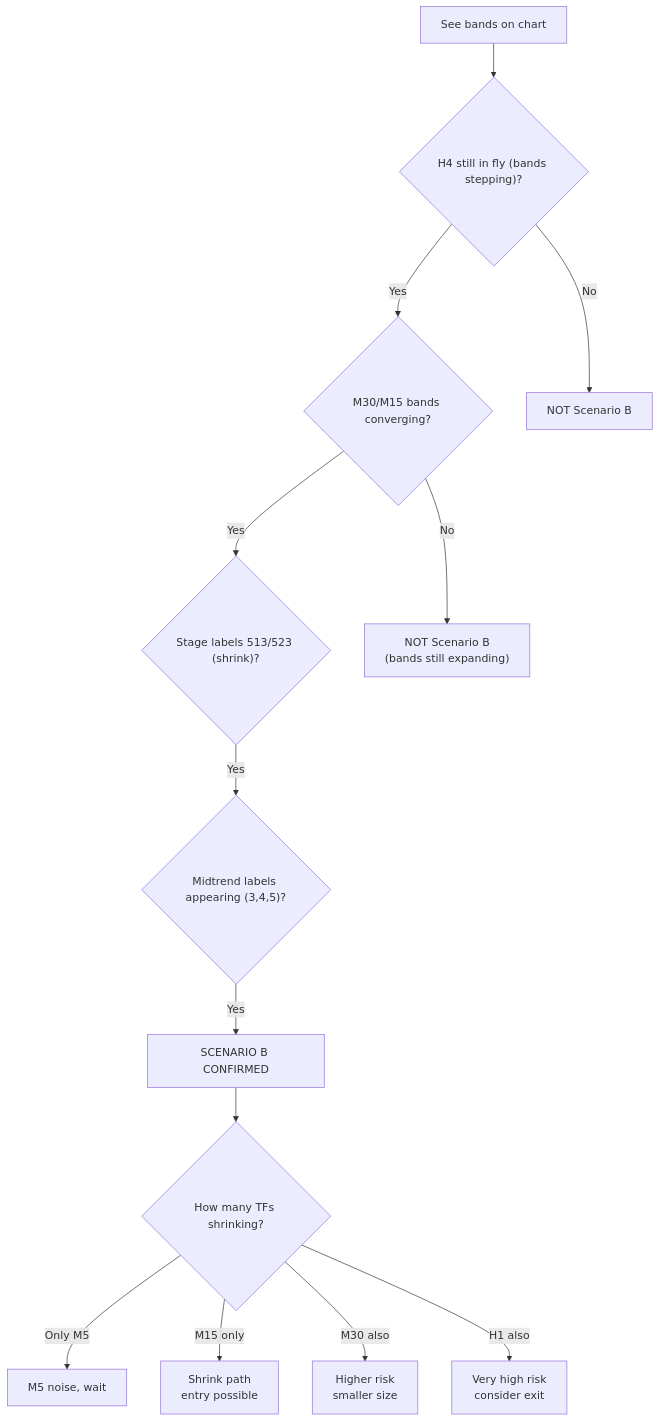
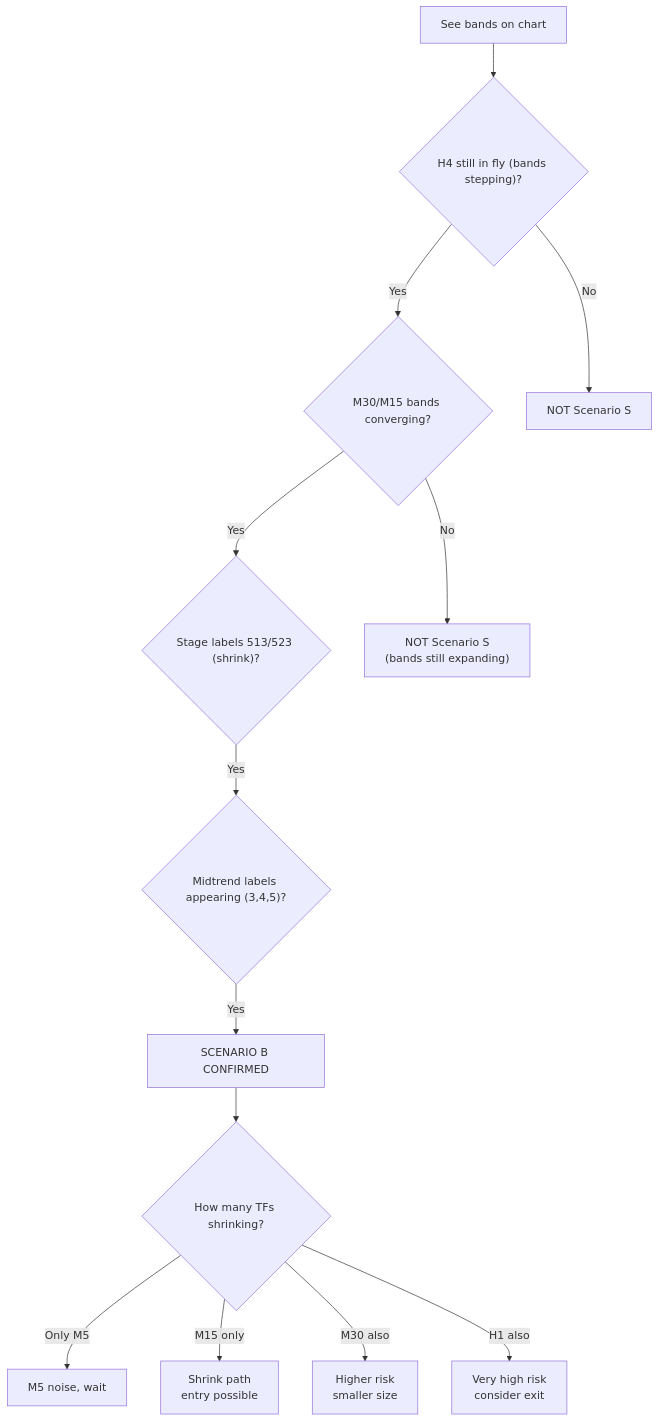
One commit to Terrypang89/BB_MTF_M15_STRATEGY changed the seventh of 17 diagrams in references/backtest_chart_analysis.md. Above: the diagram before and after it, drawn with Mermaid. The commit also changed other lines of this file and 12 other files, not shown here.

````diff
--- a/references/backtest_chart_analysis.md
+++ b/references/backtest_chart_analysis.md
@@ -1767,15 +1767,15 @@
 ```mermaid
 flowchart TD
     A["See bands on chart"] --> B{"H4 still in fly (bands stepping)?"}
     B -->|Yes| C{"M30/M15 bands converging?"}
     C -->|Yes| D{"Stage labels 513/523 (shrink)?"}
     D -->|Yes| E{"Midtrend labels appearing (3,4,5)?"}
     E -->|Yes| F["SCENARIO B CONFIRMED"]
     F --> G{"How many TFs shrinking?"}
     G -->|Only M5| H["M5 noise, wait"]
     G -->|M15 only| I["Shrink path\nentry possible"]
     G -->|M30 also| J["Higher risk\nsmaller size"]
     G -->|H1 also| K["Very high risk\nconsider exit"]
-    C -->|No| L["NOT Scenario B\n(bands still expanding)"]
-    B -->|No| M["NOT Scenario B"]
+    C -->|No| L["NOT Scenario S\n(bands still expanding)"]
+    B -->|No| M["NOT Scenario S"]
 ```
````
